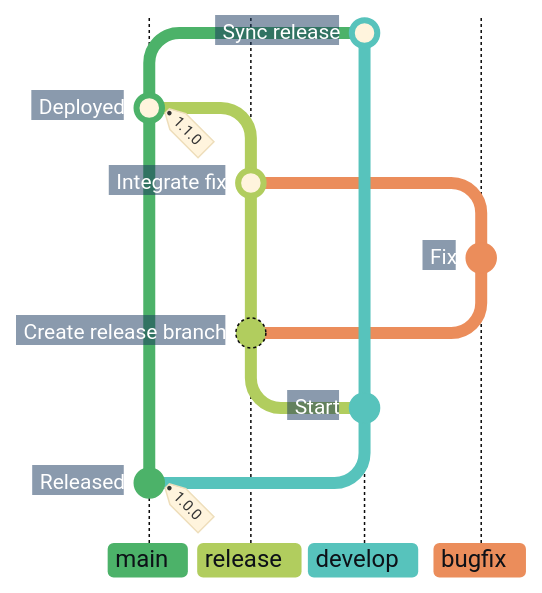
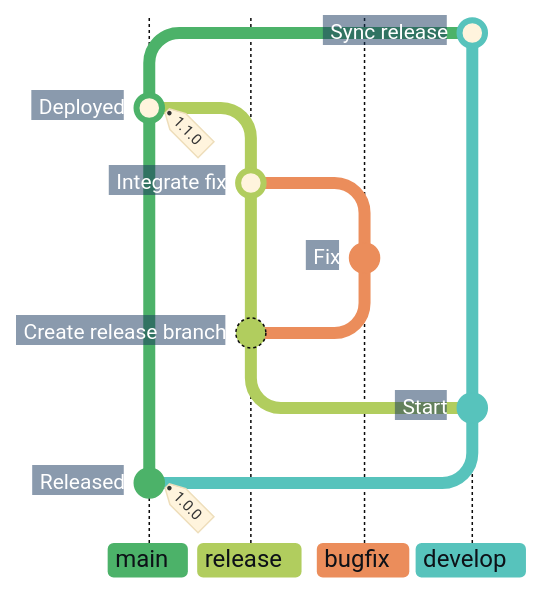
One commit to superhero/operations.superduper.solutions changed the second of 5 diagrams in docs/adr/cicd.md. Above: the diagram before and after it, drawn with Mermaid.

Commit message:
docs: place release fixes before the develop lane

````diff
--- a/docs/adr/cicd.md
+++ b/docs/adr/cicd.md
@@ -60,24 +60,24 @@
 ```mermaid
 %%{init: {"theme": "base", "themeCSS": "line.branch { stroke: #8B949E; stroke-width: 1px; stroke-dasharray: 1 4; stroke-linecap: round; } .branchLabel, .tag-label { font-weight: 700; } .tag-label-bkg, .commit-label-bkg { opacity: 0.9; } .tag-label-bkg { fill: #B8E6C4; stroke: #8ED3A2; } .branchLabelBkg { opacity: 1; clip-path: inset(0 8px 0 0 round 4px) fill-box; } .commit-labels g:nth-last-of-type(-n+2) { visibility: hidden; } .commit-labels g { transform-box: fill-box; transform-origin: calc(100% + 17px) calc(50% + 2px); transform: rotate(-10deg); } .commit-label { font-weight: 700; transform: translateX(-8px); } .commit-label-bkg { stroke: #17365D; stroke-width: 20px; transform: translateX(-5px); clip-path: polygon(-4px -4px, calc(100% + 4px) -4px, calc(100% + 10px) 50%, calc(100% + 4px) calc(100% + 4px), -4px calc(100% + 4px)) fill-box; } .commit.branch { stroke: #B1CD5E; stroke-dasharray: none; }", "gitGraph": {"showCommitLabel": true, "rotateCommitLabel": false}, "themeVariables": {
     "commitLabelFontSize": "14px", "commitLabelColor": "#FFFFFF", "commitLabelBackground": "#17365D",
     "git0": "#4CB269", "gitBranchLabel0": "#0D1117",
     "git1": "#B1CD5E", "gitBranchLabel1": "#0D1117",
-    "git2": "#57C3BC", "gitBranchLabel2": "#0D1117",
-    "git3": "#EB8D5B", "gitBranchLabel3": "#0D1117"
+    "git2": "#EB8D5B", "gitBranchLabel2": "#0D1117",
+    "git3": "#57C3BC", "gitBranchLabel3": "#0D1117"
 }}}%%
 gitGraph BT:
     %% Hide the two initial notes while retaining their branch connections.
     commit id: "Released" tag: "1.0.0"
-    branch develop order: 2
+    branch develop order: 3
     commit id: "Start"
     branch release order: 1
     commit id: "Create release branch"
-    branch bugfix order: 3
+    branch bugfix order: 2
     commit id: "Fix"
     checkout release
     merge bugfix id: "Integrate fix"
     checkout main
     merge release id: "Deployed" tag: "1.1.0"
     checkout develop
     merge main id: "Sync release"
 ```
````
